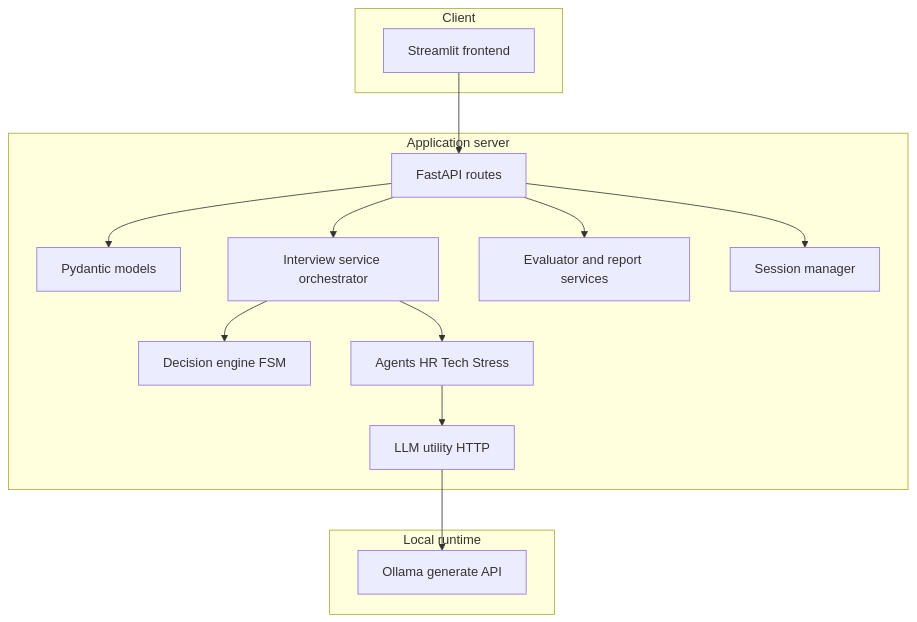
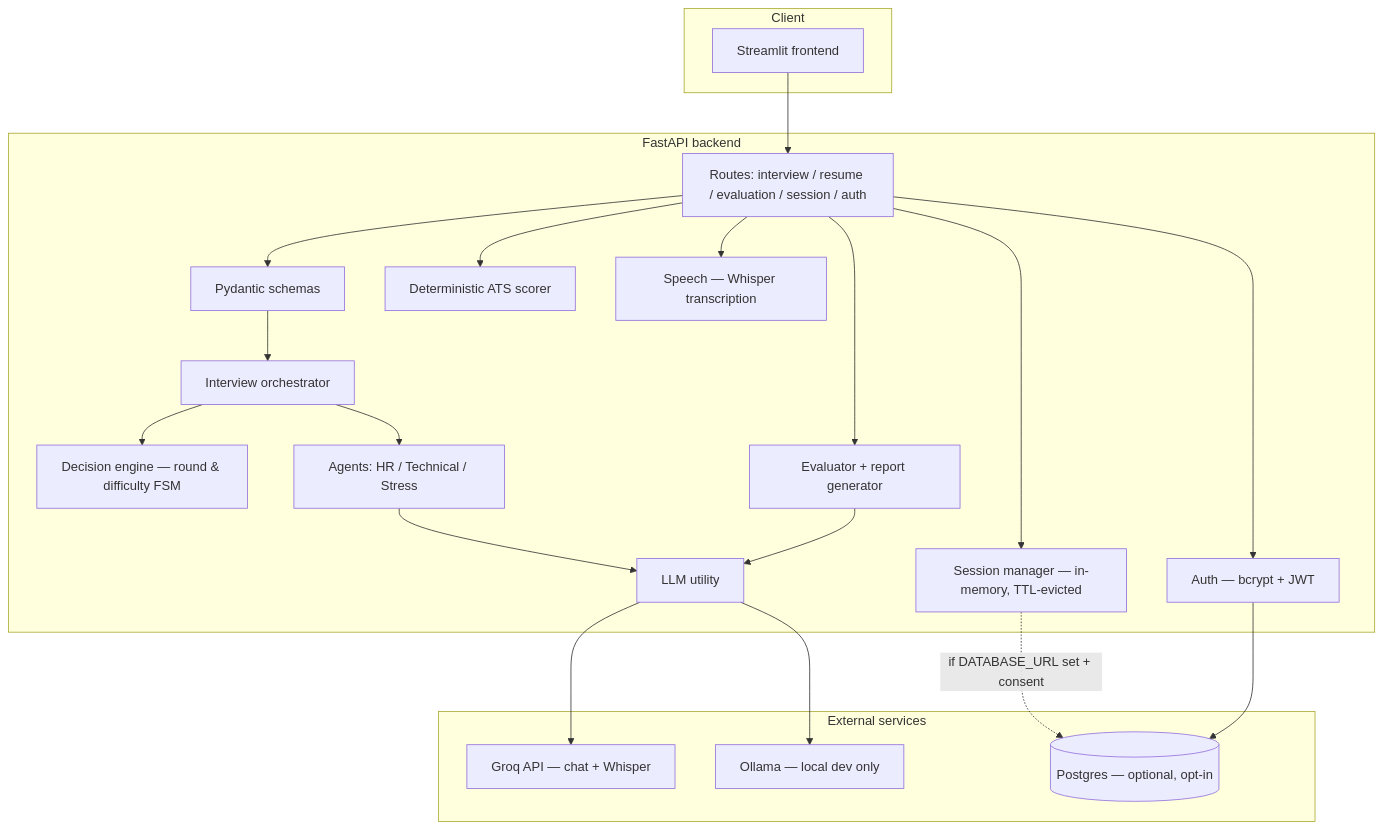
The diagram in README.md (BlackBeanEagles/ReflectAI-Inside-Your-Interview-Brain), drawn with Mermaid before and after one commit. The commit also changed other lines of this file and 1 other file, not shown here.

````diff
--- a/README.md
+++ b/README.md
@@ -100,27 +28,38 @@
 ```mermaid
 flowchart TB
   subgraph client [Client]
     FE[Streamlit frontend]
   end
-  subgraph server [Application server]
-    API[FastAPI routes]
-    VAL[Pydantic models]
-    ORCH[Interview service orchestrator]
-    DEC[Decision engine FSM]
-    AG[Agents HR Tech Stress]
-    EV[Evaluator and report services]
-    SESS[Session manager]
-    API --> VAL
-    API --> ORCH
+  subgraph server [FastAPI backend]
+    API[Routes: interview / resume / evaluation / session / auth]
+    VAL[Pydantic schemas]
+    ORCH[Interview orchestrator]
+    DEC[Decision engine — round & difficulty FSM]
+    AG[Agents: HR / Technical / Stress]
+    EV[Evaluator + report generator]
+    ATS[Deterministic ATS scorer]
+    SESS[Session manager — in-memory, TTL-evicted]
+    AUTH[Auth — bcrypt + JWT]
+    SPEECH[Speech — Whisper transcription]
+    API --> VAL --> ORCH
     API --> EV
     API --> SESS
+    API --> ATS
+    API --> AUTH
+    API --> SPEECH
     ORCH --> DEC
     ORCH --> AG
-    AG --> LLMUTIL[LLM utility HTTP]
+    AG --> LLMUTIL[LLM utility]
+    EV --> LLMUTIL
   end
-  subgraph local [Local runtime]
-    OLL[Ollama generate API]
+  subgraph external [External services]
+    GROQ[Groq API — chat + Whisper]
+    OLL[Ollama — local dev only]
+    PG[(Postgres — optional, opt-in)]
   end
   FE --> API
+  LLMUTIL --> GROQ
   LLMUTIL --> OLL
+  SESS -. "if DATABASE_URL set + consent" .-> PG
+  AUTH --> PG
 ```
````
